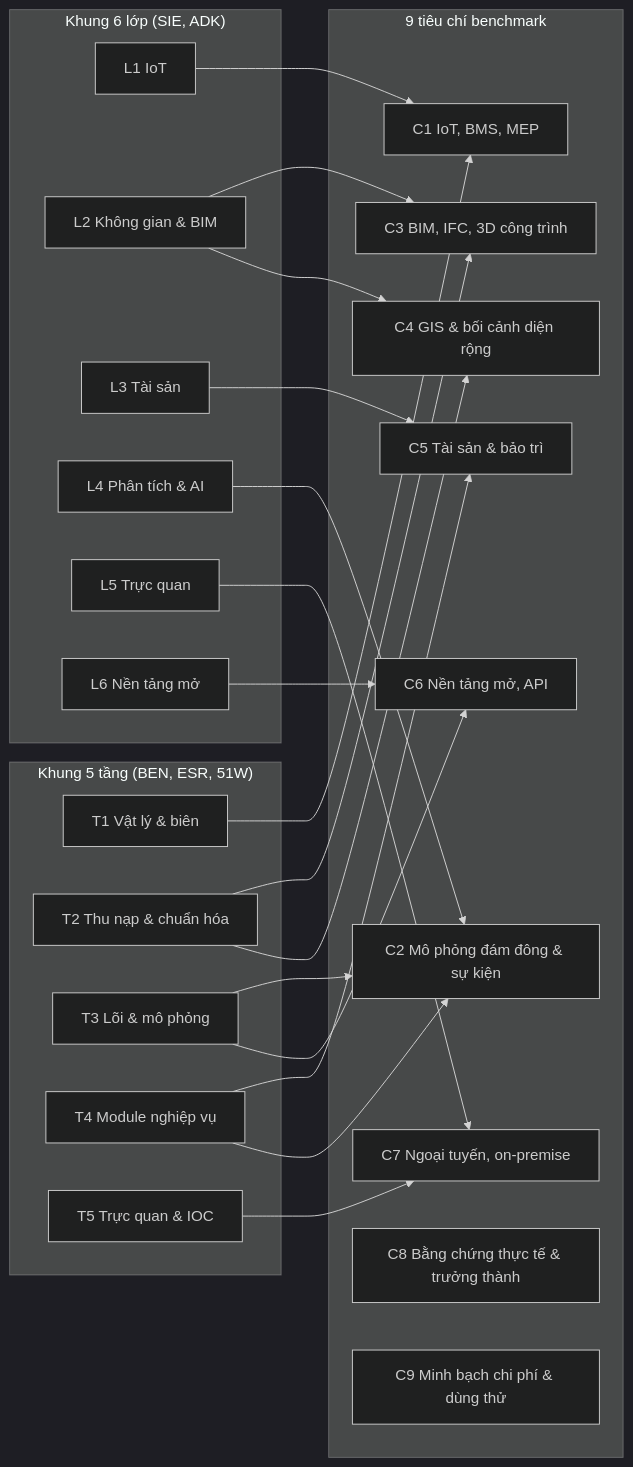
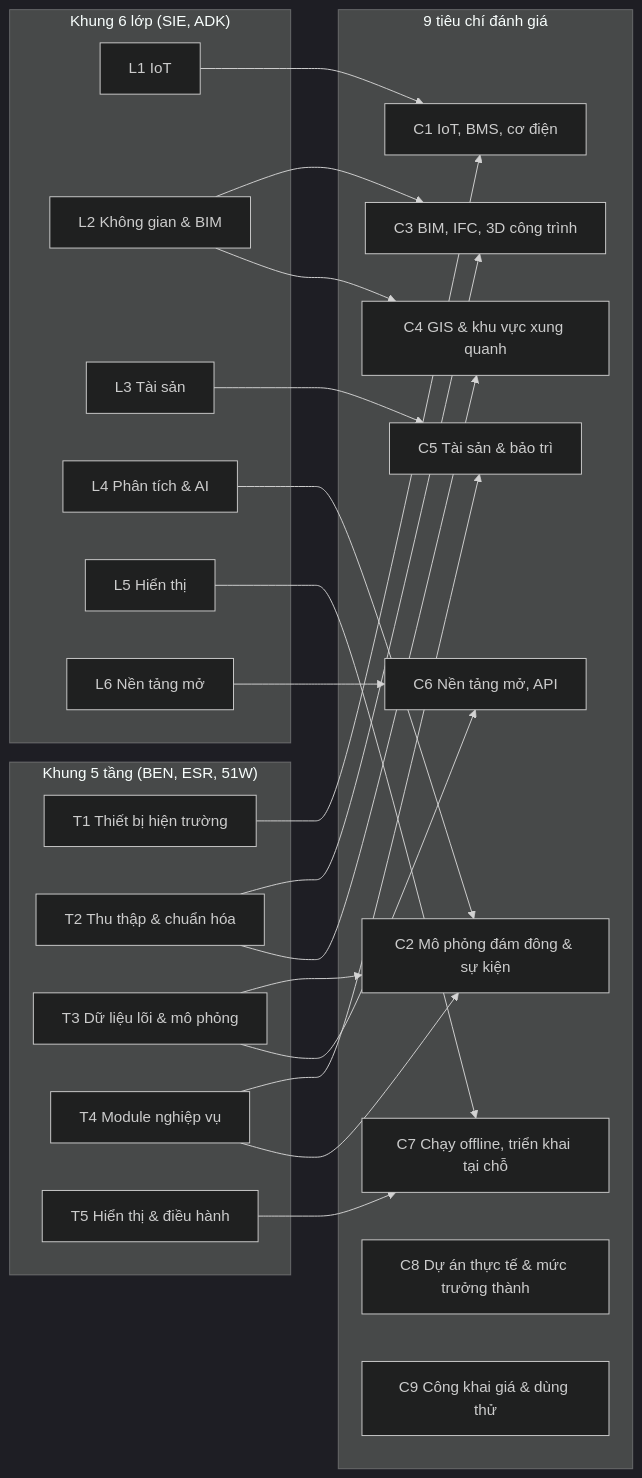
Before and after one commit to hoangtrunghieu0025-lab/internship_report: the second of 11 diagrams in bao-cao-benchmark-tong-hop-5-he-sinh-thai.md, drawn with Mermaid (dark theme). The commit also changed other lines of this file, not shown here.

First line of the commit message:
Polish Vietnamese wording in benchmark report

````diff
--- a/bao-cao-benchmark-tong-hop-5-he-sinh-thai.md
+++ b/bao-cao-benchmark-tong-hop-5-he-sinh-thai.md
@@ -64,44 +64,44 @@
 ```mermaid
 flowchart LR
     subgraph K6["Khung 6 lớp (SIE, ADK)"]
         L1["L1 IoT"]
         L2["L2 Không gian & BIM"]
         L3["L3 Tài sản"]
         L4["L4 Phân tích & AI"]
-        L5["L5 Trực quan"]
+        L5["L5 Hiển thị"]
         L6["L6 Nền tảng mở"]
     end
     subgraph K5["Khung 5 tầng (BEN, ESR, 51W)"]
-        T1["T1 Vật lý & biên"]
-        T2["T2 Thu nạp & chuẩn hóa"]
-        T3["T3 Lõi & mô phỏng"]
+        T1["T1 Thiết bị hiện trường"]
+        T2["T2 Thu thập & chuẩn hóa"]
+        T3["T3 Dữ liệu lõi & mô phỏng"]
         T4["T4 Module nghiệp vụ"]
-        T5["T5 Trực quan & IOC"]
+        T5["T5 Hiển thị & điều hành"]
     end
-    subgraph TC["9 tiêu chí benchmark"]
-        C1["C1 IoT, BMS, MEP"]
+    subgraph TC["9 tiêu chí đánh giá"]
+        C1["C1 IoT, BMS, cơ điện"]
         C2["C2 Mô phỏng đám đông & sự kiện"]
         C3["C3 BIM, IFC, 3D công trình"]
-        C4["C4 GIS & bối cảnh diện rộng"]
+        C4["C4 GIS & khu vực xung quanh"]
         C5["C5 Tài sản & bảo trì"]
         C6["C6 Nền tảng mở, API"]
-        C7["C7 Ngoại tuyến, on-premise"]
-        C8["C8 Bằng chứng thực tế & trưởng thành"]
-        C9["C9 Minh bạch chi phí & dùng thử"]
+        C7["C7 Chạy offline, triển khai tại chỗ"]
+        C8["C8 Dự án thực tế & mức trưởng thành"]
+        C9["C9 Công khai giá & dùng thử"]
     end
     L1 --> C1
     T1 --> C1
     L2 --> C3
     L2 --> C4
     T2 --> C3
     T2 --> C4
     L3 --> C5
     T4 --> C5
     L4 --> C2
     T3 --> C2
     T4 --> C2
     L6 --> C6
     T3 --> C6
     L5 --> C7
     T5 --> C7
 ```
````
